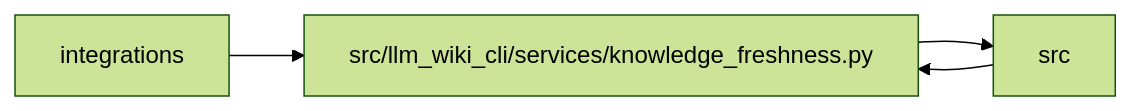
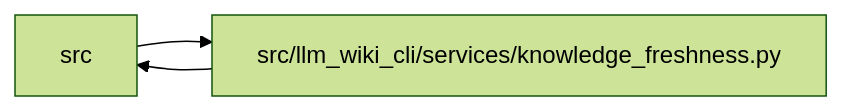
The diagram in docs/llm_wiki/modules/knowledge_freshness.md (Denissvgn/python-wiki-llm), drawn with Mermaid (forest theme) before and after one commit. The commit also changed other lines of this file and 401 other files, not shown here.

````diff
--- a/docs/llm_wiki/modules/knowledge_freshness.md
+++ b/docs/llm_wiki/modules/knowledge_freshness.md
@@ -51,10 +51,8 @@
 ```mermaid
 flowchart LR
-    n0["integrations"]
-    n1["src"]
-    n2["src/llm_wiki_cli/services/knowledge_freshness.py"]
-    n0 --> n2
-    n1 --> n2
-    n2 --> n1
-    click n2 "../modules/knowledge_freshness.md"
+    n0["src"]
+    n1["src/llm_wiki_cli/services/knowledge_freshness.py"]
+    n0 --> n1
+    n1 --> n0
+    click n1 "../modules/knowledge_freshness.md"
 ```
````
